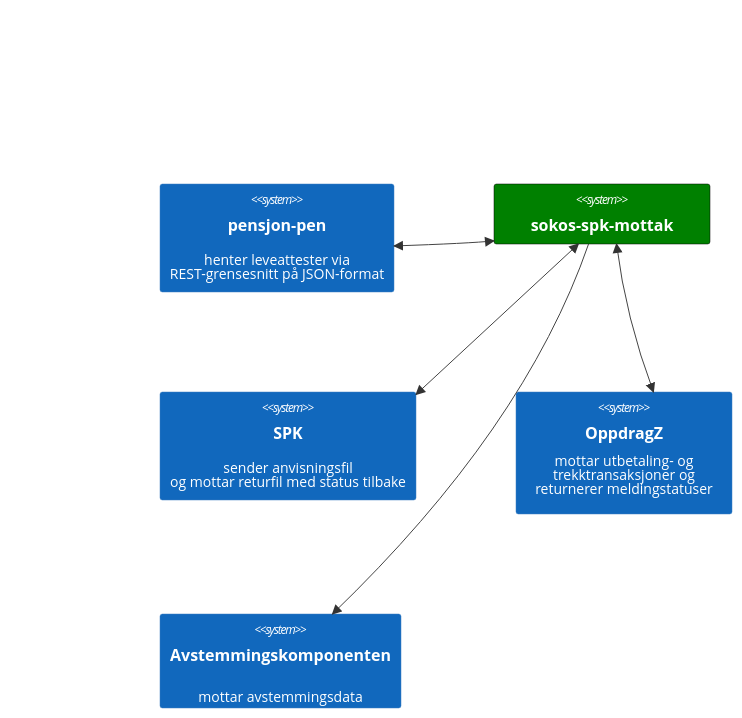
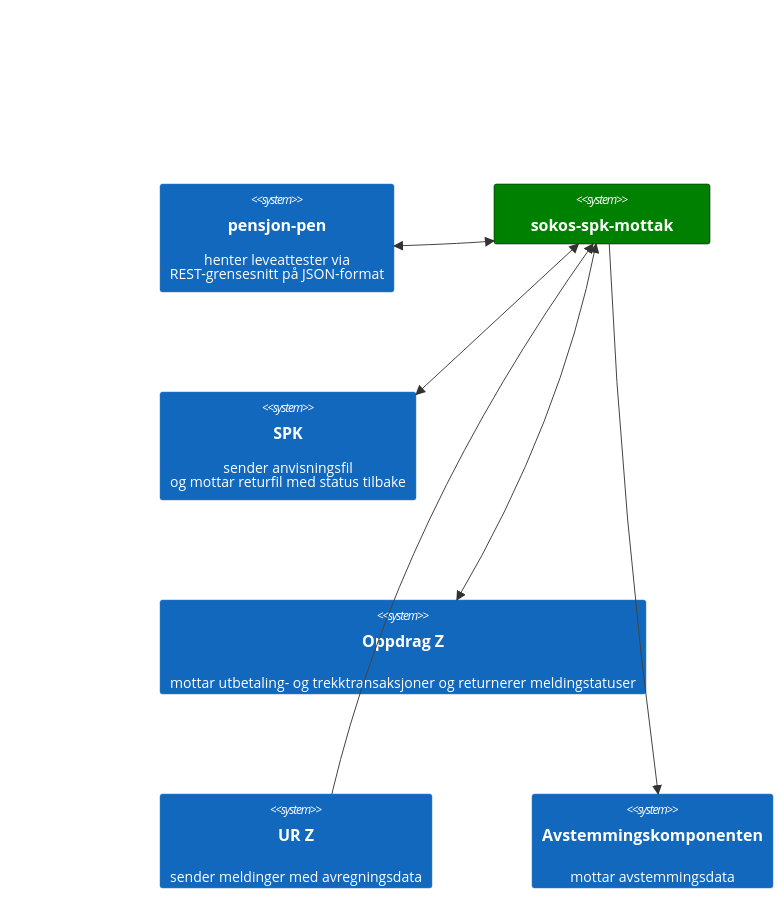
Before and after one commit to navikt/sokos-spk-mottak: the diagram in dokumentasjon/løsningsbeskrivelse/overordnet/avhengighetskart.md, drawn with Mermaid. The commit also changed 37 other files, not shown here.

`````diff
--- a/dokumentasjon/løsningsbeskrivelse/overordnet/avhengighetskart.md
+++ b/dokumentasjon/løsningsbeskrivelse/overordnet/avhengighetskart.md
@@ -3,15 +3,16 @@
 ````mermaid
     C4Context
     UpdateLayoutConfig($c4ShapeInRow="2", $c4BoundaryInRow="2")
     System(pensjon-pen, "pensjon-pen", "henter leveattester via <br>REST-grensesnitt på JSON-format")
     System(sokos-spk-mottak, "sokos-spk-mottak")
-    System(sokos-spk-mottak, "sokos-spk-mottak")
     System(spk, "SPK", "sender anvisningsfil<br>og mottar returfil med status tilbake")
     UpdateElementStyle(sokos-spk-mottak, $fontColor="white", $bgColor="green", $borderColor="black")
-    System(oppdragZ, "OppdragZ", "mottar utbetaling- og <br>trekktransaksjoner og <br>returnerer meldingstatuser")
+    System(oppdragZ, "Oppdrag Z", "mottar utbetaling- og trekktransaksjoner og returnerer meldingstatuser")
+    System(ur, "UR Z", "sender meldinger med avregningsdata")
     System(Avstemming, "Avstemmingskomponenten", "mottar avstemmingsdata")
     BiRel(spk, sokos-spk-mottak, "")
     BiRel(sokos-spk-mottak, oppdragZ, "")
     Rel(sokos-spk-mottak, Avstemming, "")
+    Rel(ur, sokos-spk-mottak, "")
     BiRel(sokos-spk-mottak, pensjon-pen, "")
 ````
`````
